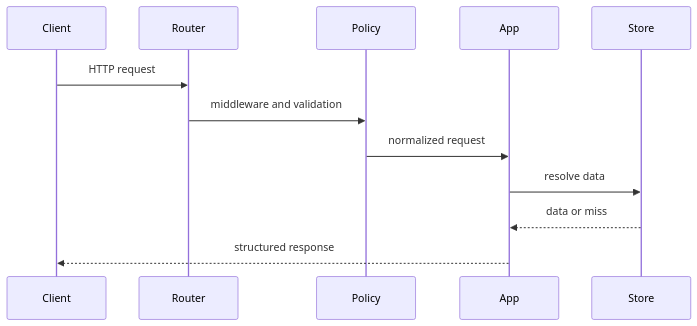
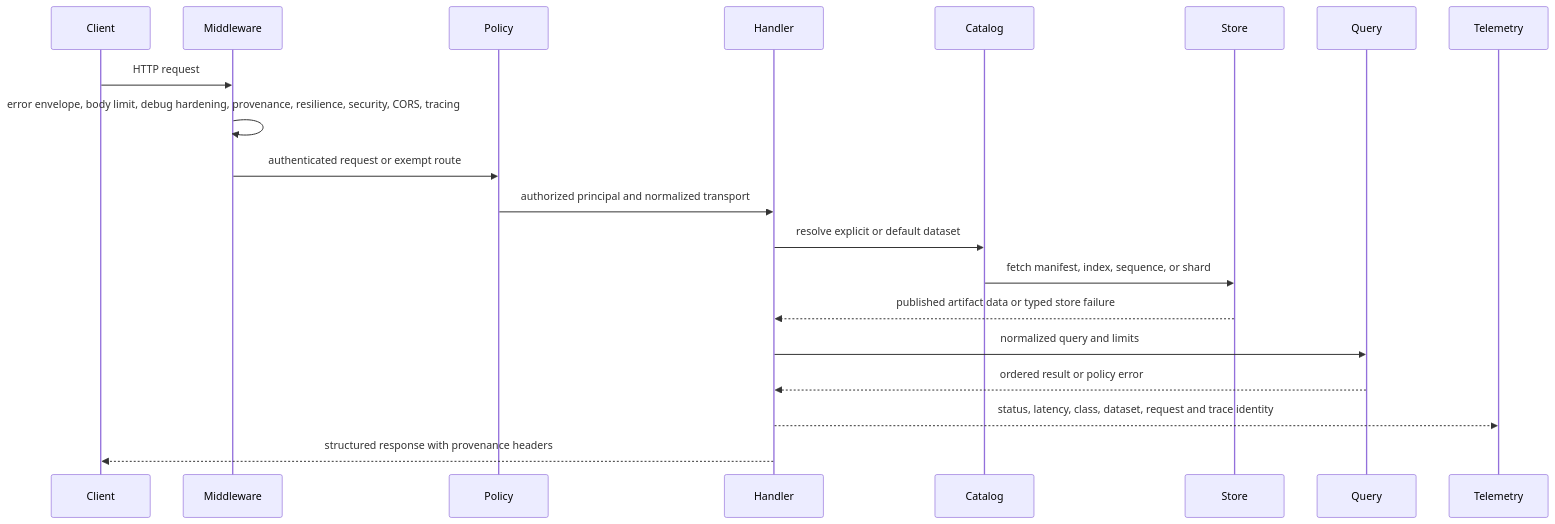
Before and after one commit to bijux/bijux-atlas: the first of 2 diagrams in docs/bijux-atlas/runtime/request-lifecycle.md, drawn with Mermaid. The commit also changed other lines of this file and 2 other files, not shown here.

Commit message:
docs(runtime): define product and request architecture

````diff
--- a/docs/bijux-atlas/runtime/request-lifecycle.md
+++ b/docs/bijux-atlas/runtime/request-lifecycle.md
@@ -17,14 +19,22 @@
 ```mermaid
 sequenceDiagram
     participant Client
-    participant Router
+    participant Middleware
     participant Policy
-    participant App
+    participant Handler
+    participant Catalog
     participant Store
-    Client->>Router: HTTP request
-    Router->>Policy: middleware and validation
-    Policy->>App: normalized request
-    App->>Store: resolve data
-    Store-->>App: data or miss
-    App-->>Client: structured response
+    participant Query
+    participant Telemetry
+    Client->>Middleware: HTTP request
+    Middleware->>Middleware: error envelope, body limit, debug hardening, provenance, resilience, security, CORS, tracing
+    Middleware->>Policy: authenticated request or exempt route
+    Policy->>Handler: authorized principal and normalized transport
+    Handler->>Catalog: resolve explicit or default dataset
+    Catalog->>Store: fetch manifest, index, sequence, or shard
+    Store-->>Handler: published artifact data or typed store failure
+    Handler->>Query: normalized query and limits
+    Query-->>Handler: ordered result or policy error
+    Handler-->>Telemetry: status, latency, class, dataset, request and trace identity
+    Handler-->>Client: structured response with provenance headers
 ```
````
